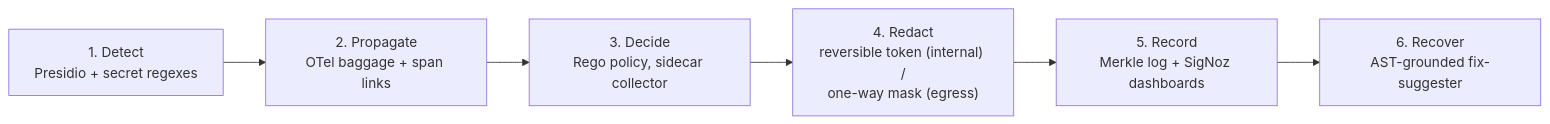
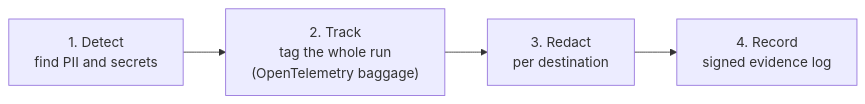
The diagram in README.md (DCchoudhury15/Taintward), drawn with Mermaid before and after one commit. The commit also changed other lines of this file and 26 other files, not shown here.

````diff
--- a/README.md
+++ b/README.md
@@ -50,8 +73,6 @@
 ```mermaid
 flowchart LR
-    A["1. Detect<br/>Presidio + secret regexes"] --> B["2. Propagate<br/>OTel baggage + span links"]
-    B --> C["3. Decide<br/>Rego policy, sidecar collector"]
-    C --> D["4. Redact<br/>reversible token (internal) /<br/>one-way mask (egress)"]
-    D --> E["5. Record<br/>Merkle log + SigNoz dashboards"]
-    E --> F["6. Recover<br/>AST-grounded fix-suggester"]
+    A["1. Detect<br/>find PII and secrets"] --> B["2. Track<br/>tag the whole run<br/>(OpenTelemetry baggage)"]
+    B --> C["3. Redact<br/>per destination"]
+    C --> D["4. Record<br/>signed evidence log"]
 ```
````
